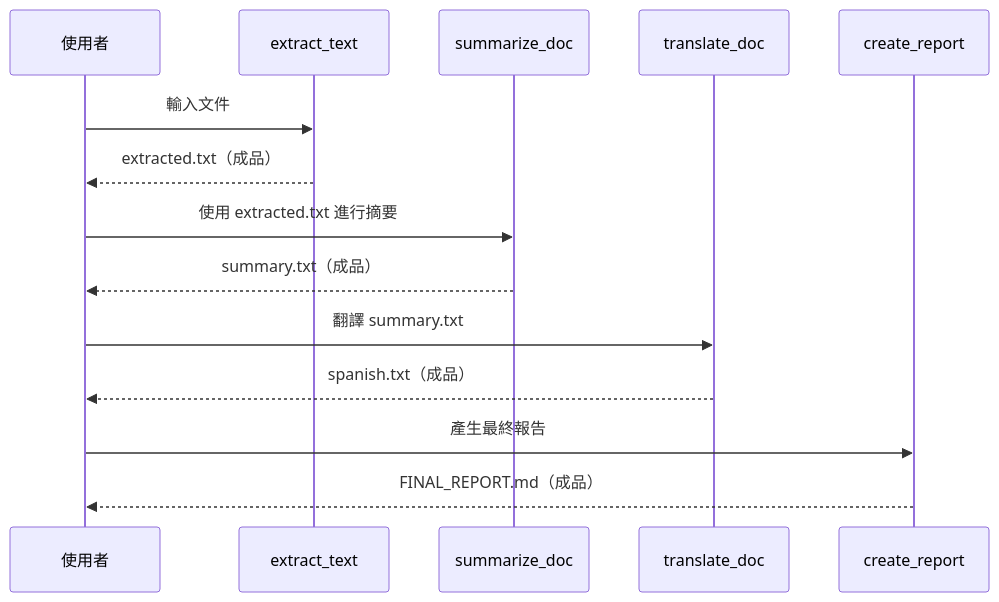
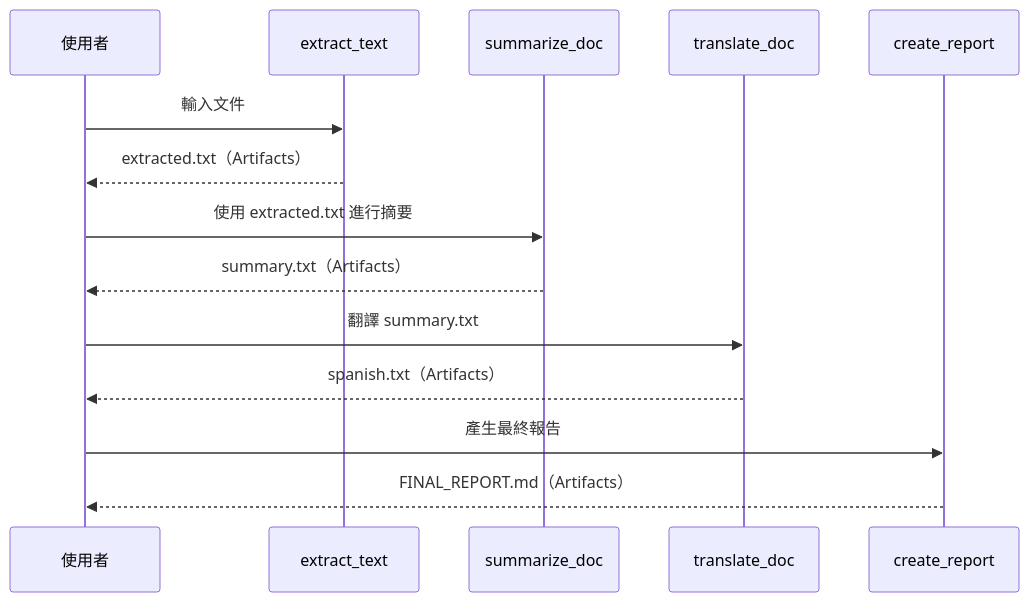
Before and after one commit to lastingyeh/google-adk-study: the diagram in workspace/python/agents/artifact-agent/README.md, drawn with Mermaid. The commit also changed other lines of this file and 9 other files, not shown here.

````diff
--- a/workspace/python/agents/artifact-agent/README.md
+++ b/workspace/python/agents/artifact-agent/README.md
@@ -18,20 +18,20 @@
 ```mermaid
 sequenceDiagram
     participant User as 使用者
     participant ET as extract_text
     participant SD as summarize_doc
     participant TD as translate_doc
     participant CR as create_report
 
     User->>ET: 輸入文件
-    ET-->>User: extracted.txt（成品）
+    ET-->>User: extracted.txt（Artifacts）
 
     User->>SD: 使用 extracted.txt 進行摘要
-    SD-->>User: summary.txt（成品）
+    SD-->>User: summary.txt（Artifacts）
 
     User->>TD: 翻譯 summary.txt
-    TD-->>User: spanish.txt（成品）
+    TD-->>User: spanish.txt（Artifacts）
 
     User->>CR: 產生最終報告
-    CR-->>User: FINAL_REPORT.md（成品）
+    CR-->>User: FINAL_REPORT.md（Artifacts）
 ```
````
